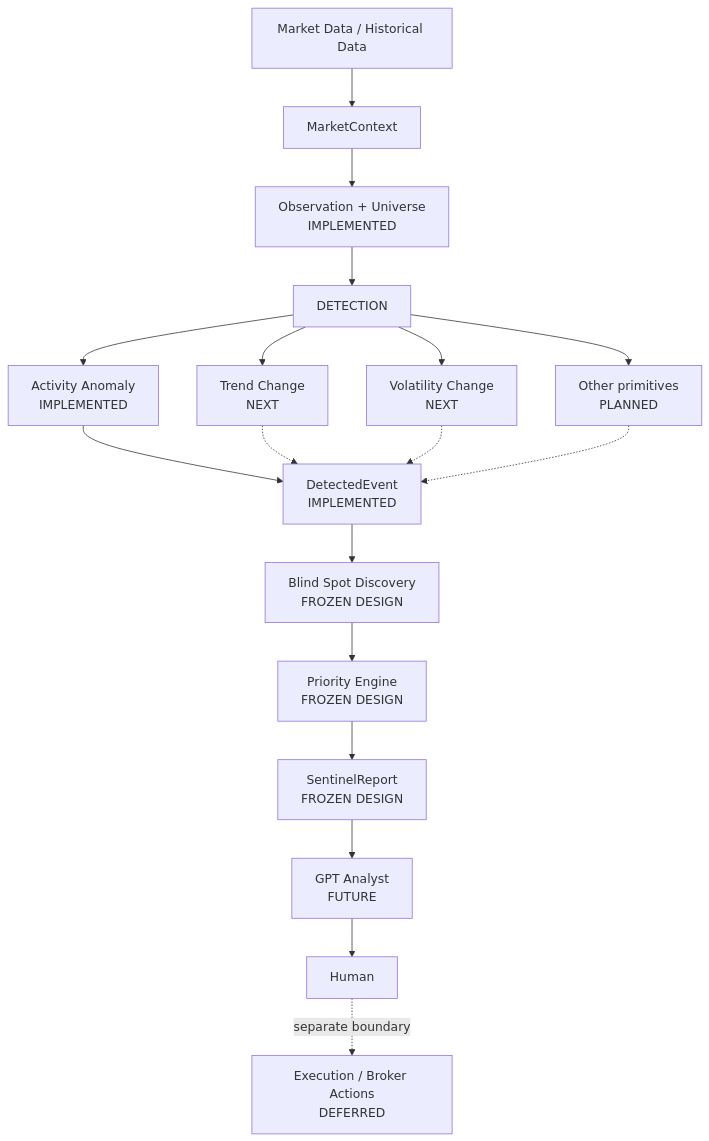
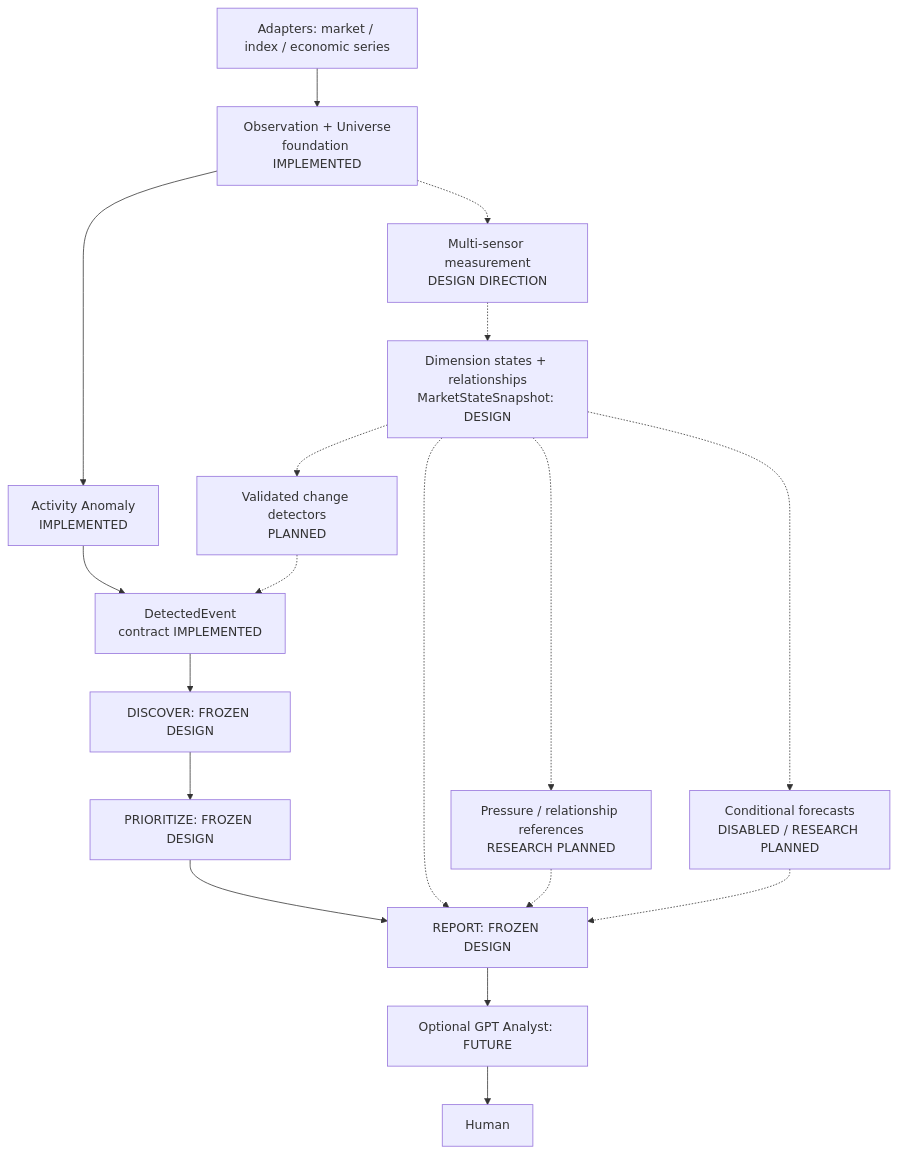
One commit to Daxoniel/DX27-Trading-Engine changed the first of 2 diagrams in docs/architecture/system-overview.md. Above: the diagram before and after it, drawn with Mermaid. The commit also changed other lines of this file and 26 other files, not shown here.

Commit message:
docs: archive EWMAC research and reset multi-sensor Sentinel roadmap

````diff
--- a/docs/architecture/system-overview.md
+++ b/docs/architecture/system-overview.md
@@ -25,25 +33,20 @@
 ```mermaid
 flowchart TB
-    Data["Market Data / Historical Data"] --> Context["MarketContext"]
-    Context --> Observation["Observation + Universe<br/>IMPLEMENTED"]
-    Observation --> Detection["DETECTION"]
-
-    Detection --> Activity["Activity Anomaly<br/>IMPLEMENTED"]
-    Detection --> Trend["Trend Change<br/>NEXT"]
-    Detection --> Volatility["Volatility Change<br/>NEXT"]
-    Detection --> Other["Other primitives<br/>PLANNED"]
-
-    Activity --> Event["DetectedEvent<br/>IMPLEMENTED"]
-    Trend -.-> Event
-    Volatility -.-> Event
-    Other -.-> Event
-
-    Event --> Discovery["Blind Spot Discovery<br/>FROZEN DESIGN"]
-    Discovery --> Priority["Priority Engine<br/>FROZEN DESIGN"]
-    Priority --> Report["SentinelReport<br/>FROZEN DESIGN"]
-    Report --> Analyst["GPT Analyst<br/>FUTURE"]
+    Data["Adapters: market / index / economic series"] --> Observation["Observation + Universe<br/>foundation IMPLEMENTED"]
+    Observation --> Activity["Activity Anomaly<br/>IMPLEMENTED"]
+    Activity --> Event["DetectedEvent<br/>contract IMPLEMENTED"]
+    Observation -.-> Sensors["Multi-sensor measurement<br/>DESIGN DIRECTION"]
+    Sensors -.-> State["Dimension states + relationships<br/>MarketStateSnapshot: DESIGN"]
+    State -.-> Change["Validated change detectors<br/>PLANNED"]
+    Change -.-> Event
+    State -.-> Reference["Pressure / relationship references<br/>RESEARCH PLANNED"]
+    State -.-> Forecast["Conditional forecasts<br/>DISABLED / RESEARCH PLANNED"]
+    Event --> Discovery["DISCOVER: FROZEN DESIGN"]
+    Discovery --> Priority["PRIORITIZE: FROZEN DESIGN"]
+    Priority --> Report["REPORT: FROZEN DESIGN"]
+    State -.-> Report
+    Reference -.-> Report
+    Forecast -.-> Report
+    Report --> Analyst["Optional GPT Analyst: FUTURE"]
     Analyst --> Human["Human"]
-
-    Execution["Execution / Broker Actions<br/>DEFERRED"]
-    Human -. "separate boundary" .-> Execution
 ```
````
